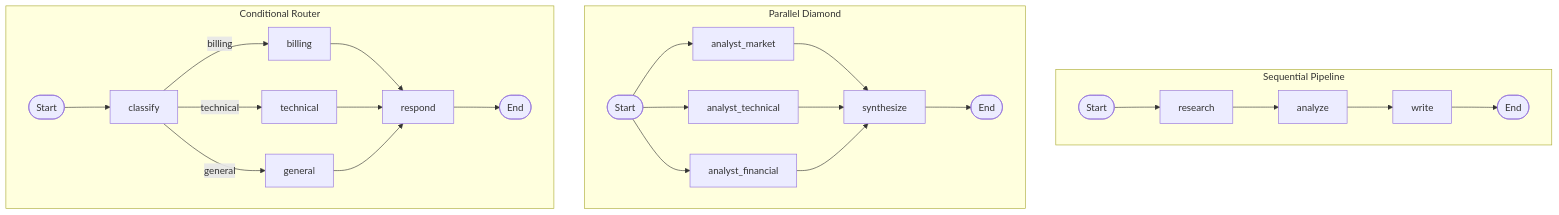
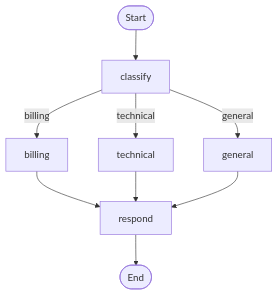
One commit to intelliswarm-ai/swarm-ai-examples changed the third of 4 diagrams in workflow-visualization-mermaid/README.md. Above: the diagram before and after it, drawn with Mermaid. The commit also changed other lines of this file and 4 other files, not shown here.

Commit message:
feat(examples): Mermaid diagrams for workflow visualization

````diff
--- a/workflow-visualization-mermaid/README.md
+++ b/workflow-visualization-mermaid/README.md
@@ -22,17 +44,11 @@
 ```mermaid
 graph TD
-    subgraph Sequential Pipeline
-        S1([Start]) --> R[research] --> AN[analyze] --> W[write] --> E1([End])
-    end
-    subgraph Parallel Diamond
-        S2([Start]) --> AM[analyst_market] & AT[analyst_technical] & AF[analyst_financial]
-        AM & AT & AF --> SYN[synthesize] --> E2([End])
-    end
-    subgraph Conditional Router
-        S3([Start]) --> CL[classify]
-        CL -->|billing| B[billing]
-        CL -->|technical| T[technical]
-        CL -->|general| G[general]
-        B & T & G --> RESP[respond] --> E3([End])
-    end
+    S([Start]) --> CL[classify]
+    CL -->|billing| B[billing]
+    CL -->|technical| T[technical]
+    CL -->|general| G[general]
+    B --> RESP[respond]
+    T --> RESP
+    G --> RESP
+    RESP --> E([End])
 ```
````
